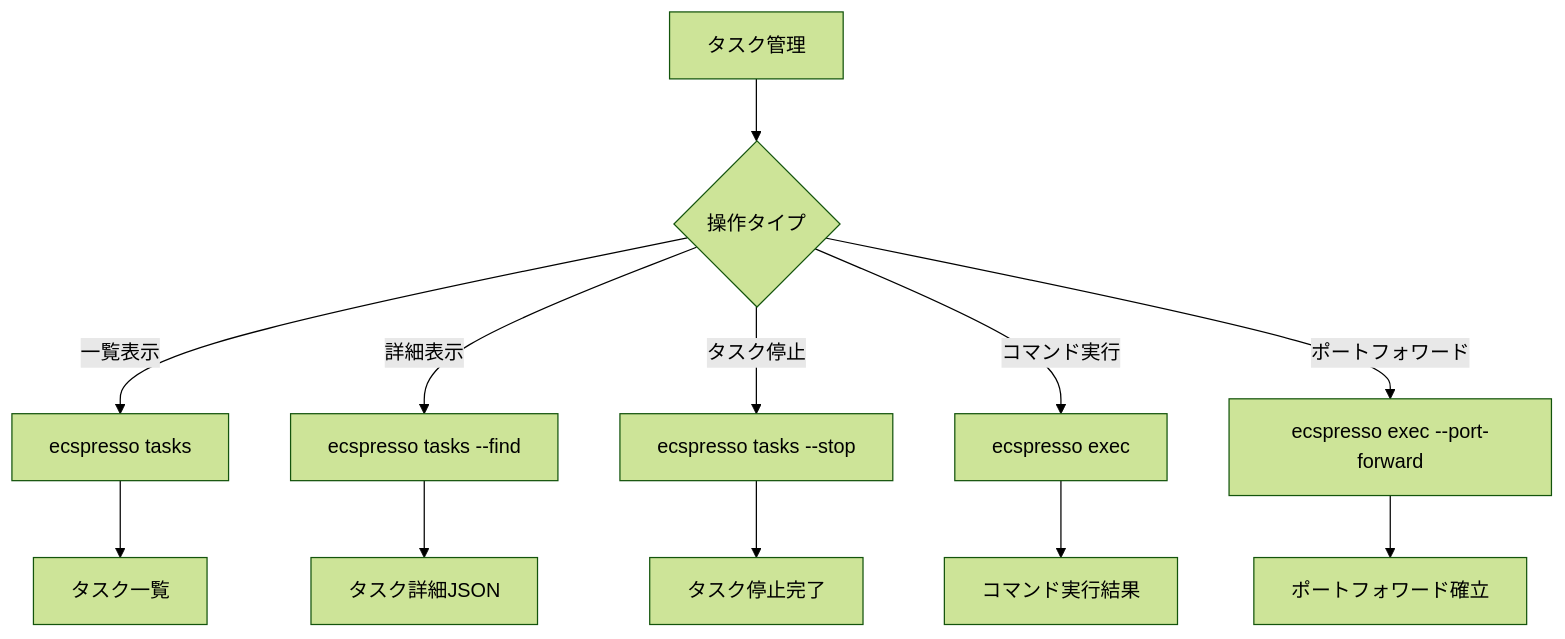
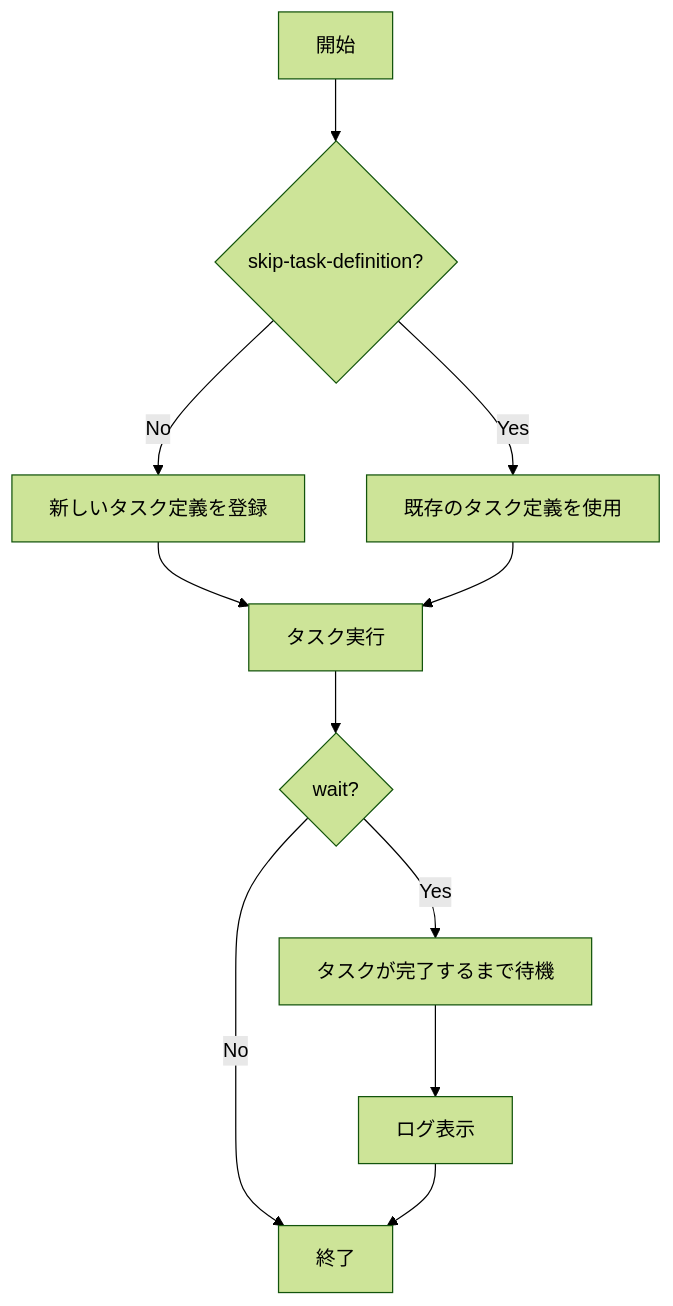
The diagram in ecspresso/commands/task.md (bufferings/devin-docs), drawn with Mermaid (forest theme) before and after one commit. The commit also changed other lines of this file and 12 other files, not shown here.

````diff
--- a/ecspresso/commands/task.md
+++ b/ecspresso/commands/task.md
@@ -217,14 +54,13 @@
 ```mermaid
 graph TD
-    A[タスク管理] --> B{操作タイプ}
-    B -->|一覧表示| C[ecspresso tasks]
-    B -->|詳細表示| D[ecspresso tasks --find]
-    B -->|タスク停止| E[ecspresso tasks --stop]
-    B -->|コマンド実行| F[ecspresso exec]
-    B -->|ポートフォワード| G[ecspresso exec --port-forward]
-    C --> H[タスク一覧]
-    D --> I[タスク詳細JSON]
-    E --> J[タスク停止完了]
-    F --> K[コマンド実行結果]
-    G --> L[ポートフォワード確立]
+  A[開始] --> B{skip-task-definition?}
+  B -->|Yes| D[既存のタスク定義を使用]
+  B -->|No| C[新しいタスク定義を登録]
+  C --> E[タスク実行]
+  D --> E
+  E --> F{wait?}
+  F -->|Yes| G[タスクが完了するまで待機]
+  F -->|No| H[終了]
+  G --> I[ログ表示]
+  I --> H
 ```
````
